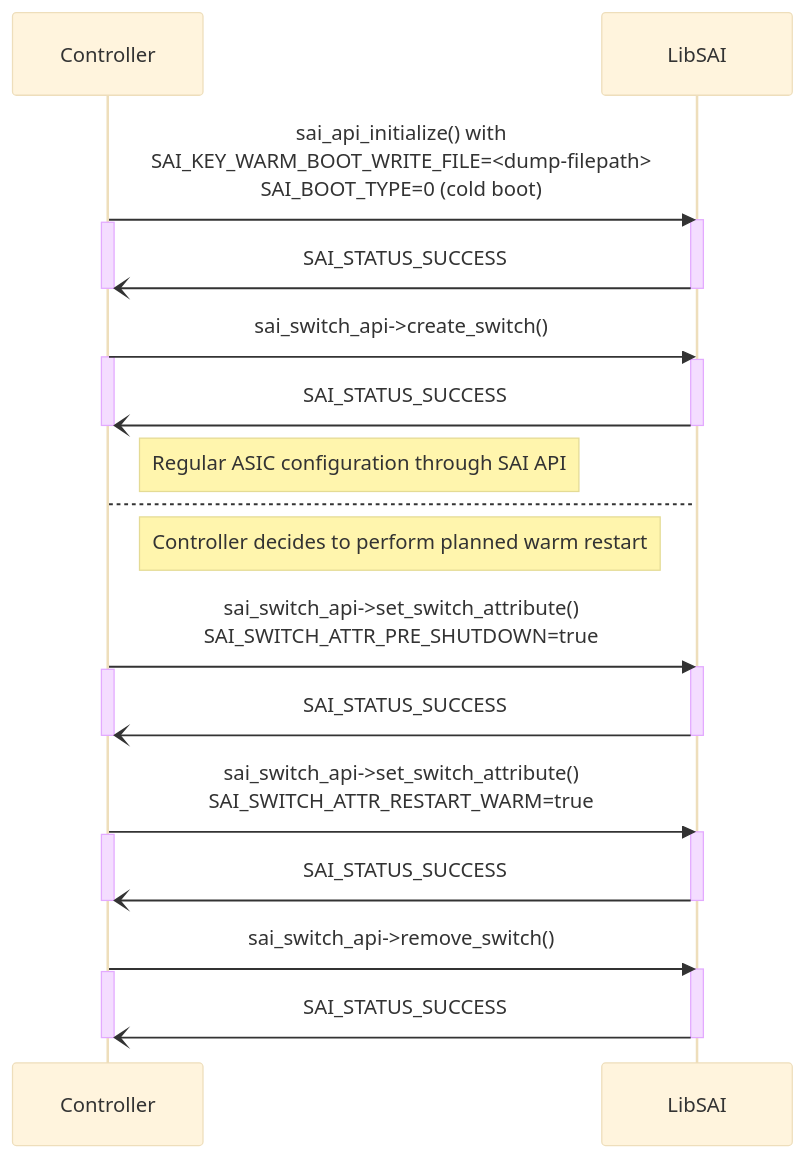
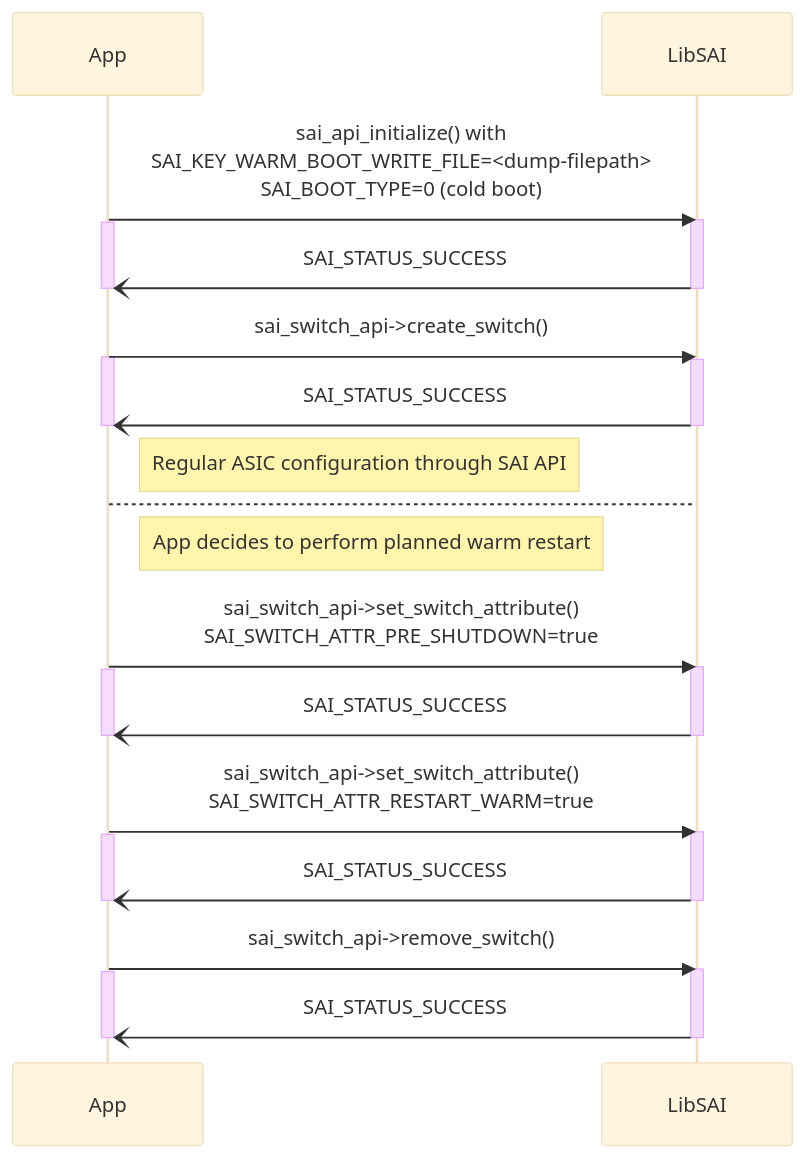
Before and after one commit to stepanblyschak/SONiC: the first of 11 diagrams in doc/warm-reboot/wb.md, drawn with Mermaid (base theme). The commit also changed other lines of this file, not shown here.

````diff
--- a/doc/warm-reboot/wb.md
+++ b/doc/warm-reboot/wb.md
@@ -150,36 +153,36 @@
 ```mermaid
 sequenceDiagram
-    Controller->>LibSAI: sai_api_initialize() with <br/>SAI_KEY_WARM_BOOT_WRITE_FILE=<dump-filepath> <br/> SAI_BOOT_TYPE=0 (cold boot)
+    App->>LibSAI: sai_api_initialize() with <br/>SAI_KEY_WARM_BOOT_WRITE_FILE=<dump-filepath> <br/> SAI_BOOT_TYPE=0 (cold boot)
     activate LibSAI
-    activate Controller
-    LibSAI-)Controller: SAI_STATUS_SUCCESS
+    activate App
+    LibSAI-)App: SAI_STATUS_SUCCESS
     deactivate LibSAI
-    deactivate Controller
-    Controller->>LibSAI: sai_switch_api->create_switch()
-    activate Controller
+    deactivate App
+    App->>LibSAI: sai_switch_api->create_switch()
+    activate App
     activate LibSAI
-    LibSAI-)Controller: SAI_STATUS_SUCCESS
+    LibSAI-)App: SAI_STATUS_SUCCESS
     deactivate LibSAI
-    deactivate Controller
-    Note right of Controller: Regular ASIC configuration through SAI API
-    Controller-->LibSAI: 
-     Note right of Controller: Controller decides to perform planned warm restart
-    Controller->>LibSAI: sai_switch_api->set_switch_attribute() <br/> SAI_SWITCH_ATTR_PRE_SHUTDOWN=true
+    deactivate App
+    Note right of App: Regular ASIC configuration through SAI API
+    App-->LibSAI: 
+     Note right of App: App decides to perform planned warm restart
+    App->>LibSAI: sai_switch_api->set_switch_attribute() <br/> SAI_SWITCH_ATTR_PRE_SHUTDOWN=true
     activate LibSAI
-    activate Controller
-    LibSAI-)Controller: SAI_STATUS_SUCCESS
+    activate App
+    LibSAI-)App: SAI_STATUS_SUCCESS
     deactivate LibSAI
-    deactivate Controller
-    Controller->>LibSAI: sai_switch_api->set_switch_attribute() <br/> SAI_SWITCH_ATTR_RESTART_WARM=true
+    deactivate App
+    App->>LibSAI: sai_switch_api->set_switch_attribute() <br/> SAI_SWITCH_ATTR_RESTART_WARM=true
     activate LibSAI
-    activate Controller
-    LibSAI-)Controller: SAI_STATUS_SUCCESS
+    activate App
+    LibSAI-)App: SAI_STATUS_SUCCESS
     deactivate LibSAI
-    deactivate Controller
-    Controller->>LibSAI: sai_switch_api->remove_switch()
+    deactivate App
+    App->>LibSAI: sai_switch_api->remove_switch()
     activate LibSAI
-    activate Controller
-    LibSAI-)Controller: SAI_STATUS_SUCCESS 
+    activate App
+    LibSAI-)App: SAI_STATUS_SUCCESS 
     deactivate LibSAI
-    deactivate Controller
+    deactivate App
 ```
````
